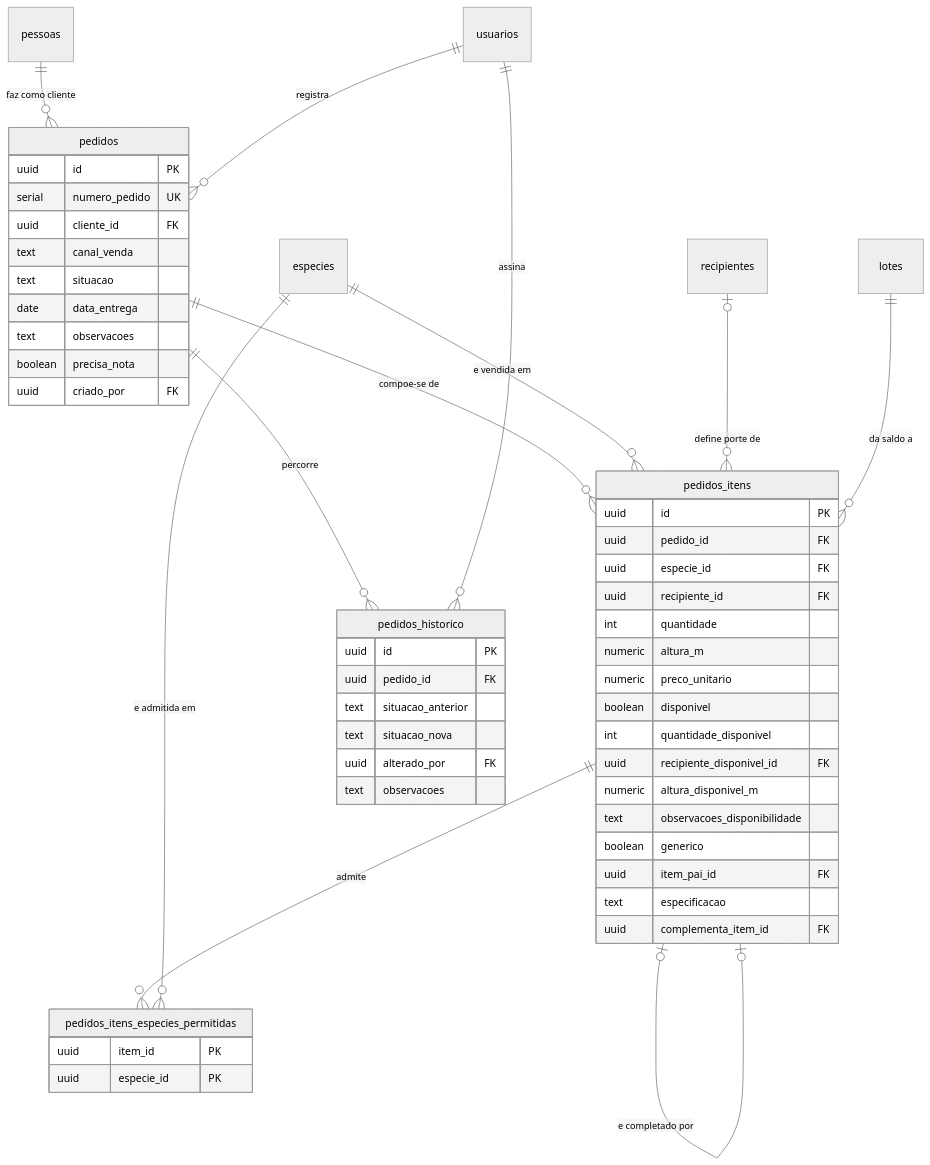
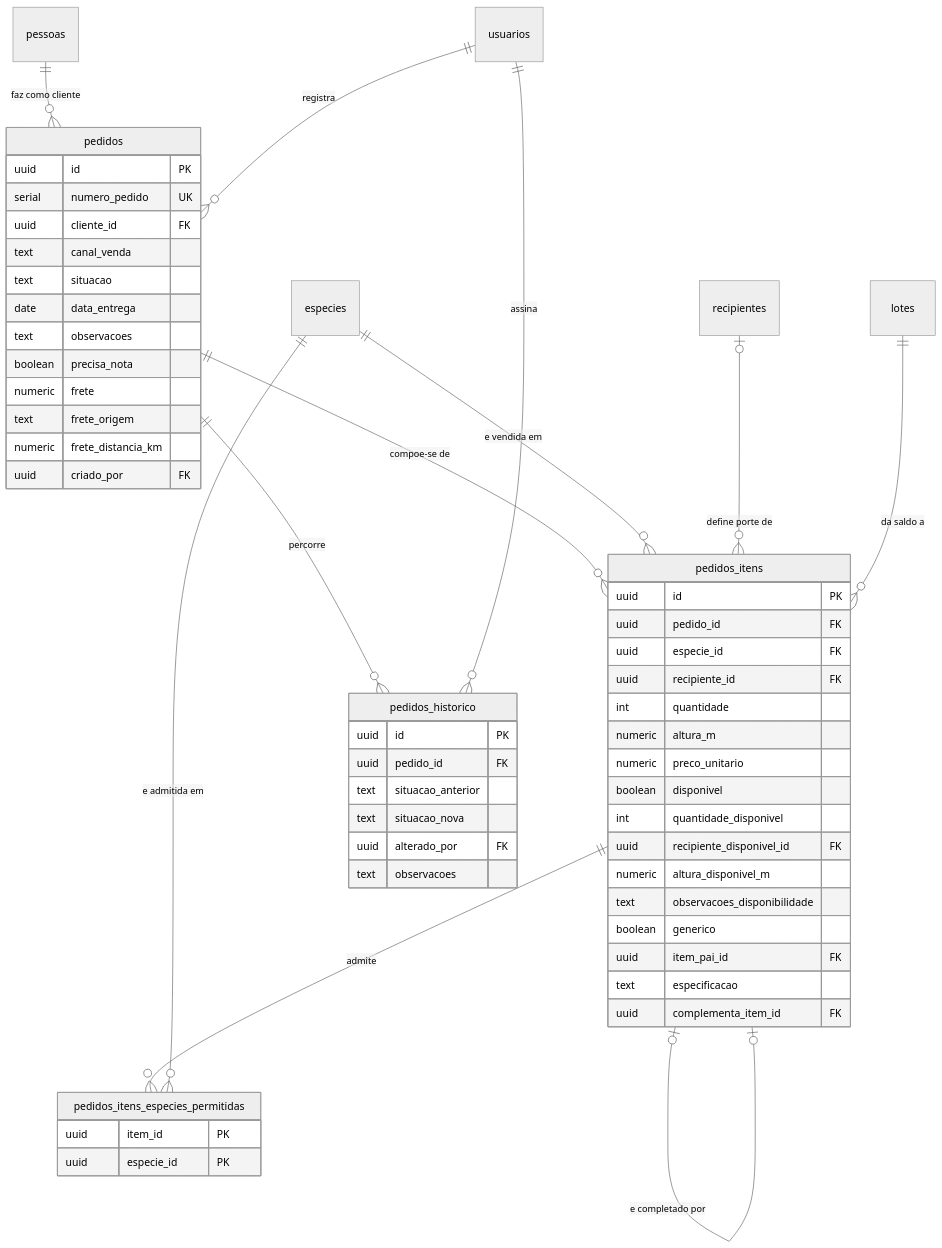
The diagram in docs/engenharia/modelo-dados-pt/mmd/fig17-comercial-pedido.mmd (JoaoMudar/tcc), drawn with Mermaid (neutral theme) before and after one commit. The commit also changed 19 other files, not shown here.

```diff
--- a/docs/engenharia/modelo-dados-pt/mmd/fig17-comercial-pedido.mmd
+++ b/docs/engenharia/modelo-dados-pt/mmd/fig17-comercial-pedido.mmd
@@ -1,60 +1,63 @@
 erDiagram
   pedidos {
     uuid   id PK
     serial numero_pedido UK
     uuid   cliente_id FK
     text   canal_venda
     text   situacao
     date   data_entrega
     text   observacoes
     boolean precisa_nota
+    numeric frete
+    text   frete_origem
+    numeric frete_distancia_km
     uuid   criado_por FK
   }
   pedidos_itens {
     uuid    id PK
     uuid    pedido_id FK
     uuid    especie_id FK
     uuid    recipiente_id FK
     int     quantidade
     numeric altura_m
     numeric preco_unitario
     boolean disponivel
     int     quantidade_disponivel
     uuid    recipiente_disponivel_id FK
     numeric altura_disponivel_m
     text    observacoes_disponibilidade
     boolean generico
     uuid    item_pai_id FK
     text    especificacao
     uuid    complementa_item_id FK
   }
   pedidos_historico {
     uuid id PK
     uuid pedido_id FK
     text situacao_anterior
     text situacao_nova
     uuid alterado_por FK
     text observacoes
   }
   pedidos_itens_especies_permitidas {
     uuid item_id PK
     uuid especie_id PK
   }
   pessoas {}
   especies {}
   recipientes {}
   usuarios {}
   lotes {}
 
   pedidos ||--o{ pedidos_itens : "compoe-se de"
   pessoas ||--o{ pedidos       : "faz como cliente"
   usuarios||--o{ pedidos       : "registra"
   especies    ||--o{ pedidos_itens : "e vendida em"
   recipientes |o--o{ pedidos_itens : "define porte de"
   lotes       ||--o{ pedidos_itens : "da saldo a"
   pedidos ||--o{ pedidos_historico : "percorre"
   usuarios ||--o{ pedidos_historico : "assina"
   pedidos_itens ||--o{ pedidos_itens : "e composto por"
   pedidos_itens |o--o| pedidos_itens : "e completado por"
   pedidos_itens ||--o{ pedidos_itens_especies_permitidas : "admite"
   especies ||--o{ pedidos_itens_especies_permitidas : "e admitida em"
```
